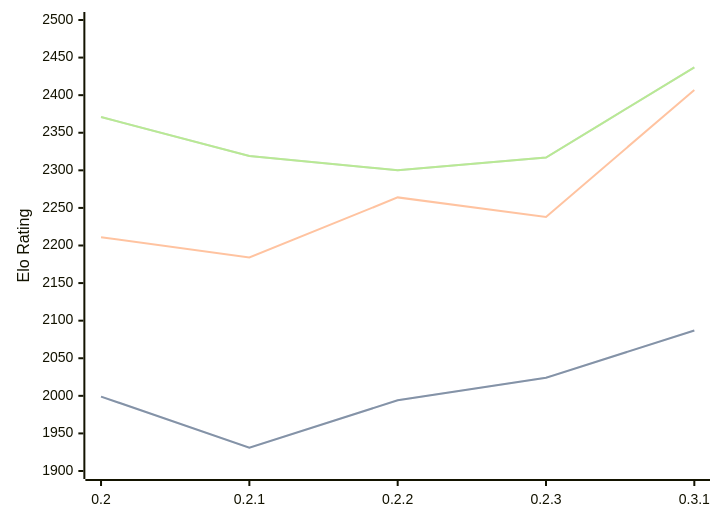
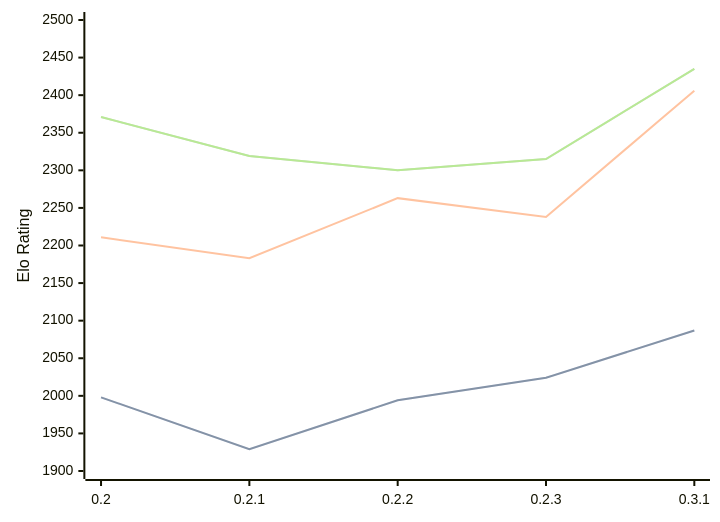
The diagram in engines/Lolbot.md (computer-chess-index/cci), drawn with Mermaid before and after one commit. The commit also changed other lines of this file, not shown here.

Commit message:
Update CCI Ratings (ELO VLTC) - 2026-09-11

````diff
--- a/engines/Lolbot.md
+++ b/engines/Lolbot.md
@@ -35,11 +35,11 @@
 ```mermaid
 %%{init: {"theme":"base","themeVariables":{"seriesColors:['#a3a3a3','#222221','#faa371']}}}%%
 xychart-beta
   x-axis ["0.2", "0.2.1", "0.2.2", "0.2.3", "0.3.1"]
   y-axis "Elo Rating" 1900 --> 2500
-  line "" [1999, 1931, 1994, 2024, 2087]
-  line "STC (8.0+0.08s)" [1999, 1931, 1994, 2024, 2087]
-  line "LTC (60.0+0.60s)" [2211, 2184, 2264, 2238, 2407]
-  line "" [2371, 2319, 2300, 2317, 2437]
-  line "VLTC (2m24s+1.12s)" [2371, 2319, 2300, 2317, 2437]
+  line "" [1998, 1929, 1994, 2024, 2087]
+  line "STC (8.0+0.08s)" [1998, 1929, 1994, 2024, 2087]
+  line "LTC (60.0+0.60s)" [2211, 2183, 2263, 2238, 2406]
+  line "" [2371, 2319, 2300, 2315, 2435]
+  line "VLTC (2m24s+1.12s)" [2371, 2319, 2300, 2315, 2435]
 ```
````
